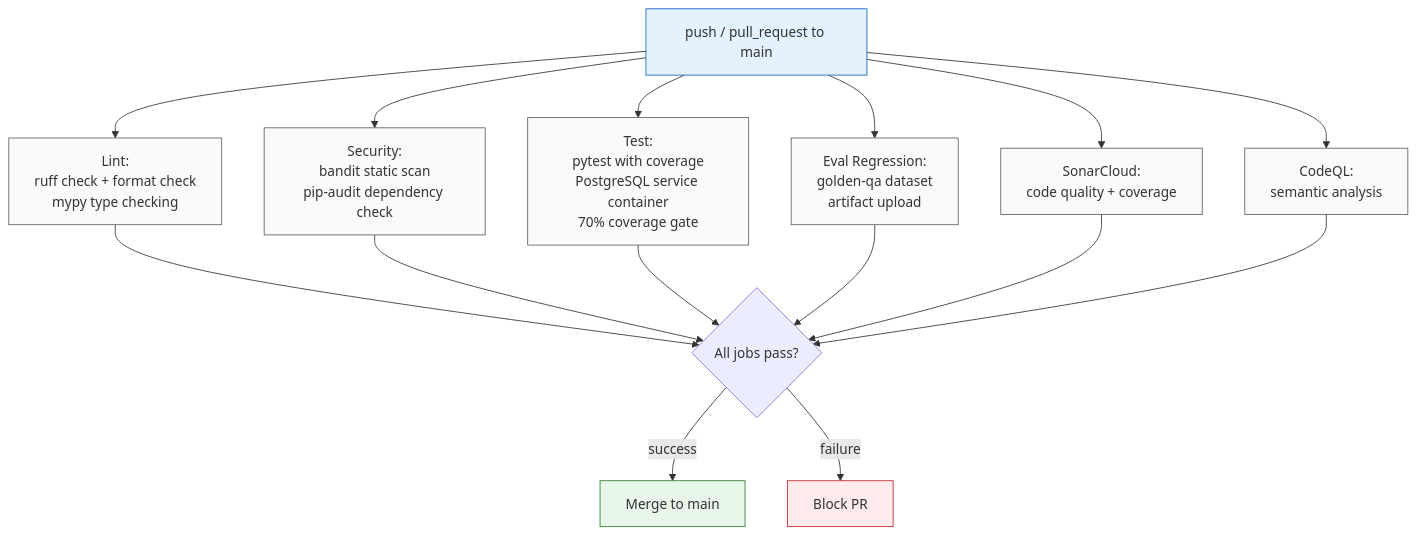
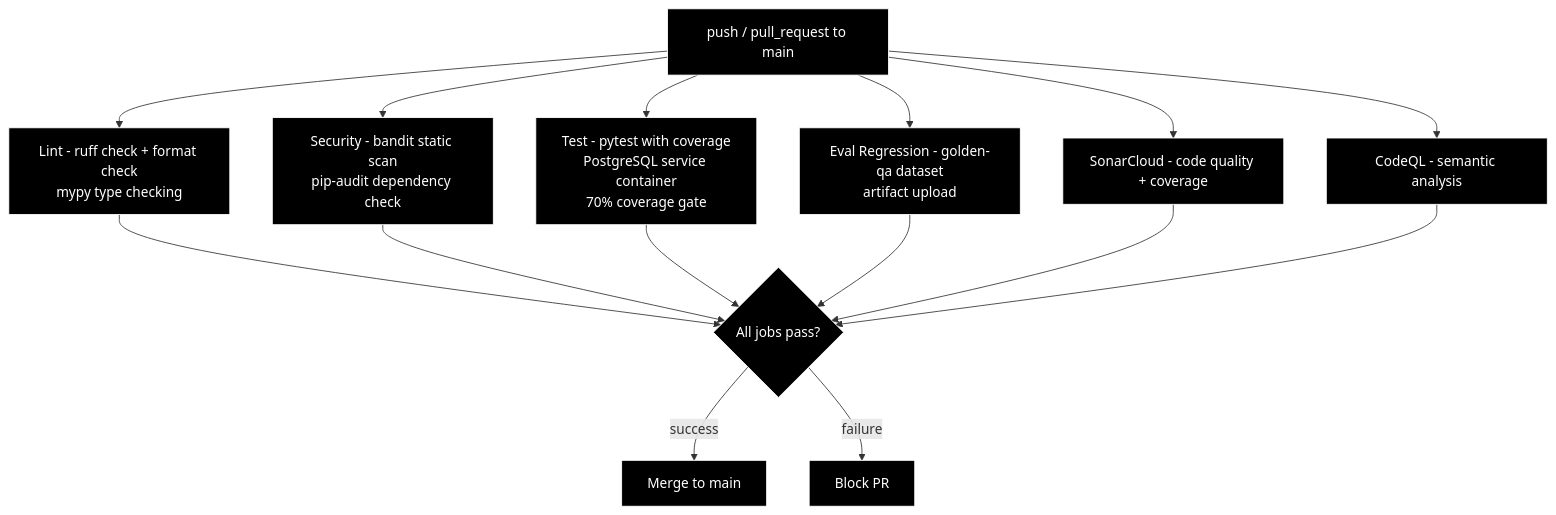
Before and after one commit to Hasan26ozcan/Script-Supervisor: the tenth of 16 diagrams in docs/TECHNICAL_DIAGRAMS.md, drawn with Mermaid. The commit also changed other lines of this file and 1 other file, not shown here.

Commit message:
update technical diagram

````diff
--- a/docs/TECHNICAL_DIAGRAMS.md
+++ b/docs/TECHNICAL_DIAGRAMS.md
@@ -551,37 +528,29 @@
 ```mermaid
 graph TD
     TRIGGER["push / pull_request to main"]
-    LINT["Lint:<br/>ruff check + format check<br/>mypy type checking"]
-    SECURITY["Security:<br/>bandit static scan<br/>pip-audit dependency check"]
-    TEST["Test:<br/>pytest with coverage<br/>PostgreSQL service container<br/>70% coverage gate"]
-    EVAL_REG["Eval Regression:<br/>golden-qa dataset<br/>artifact upload"]
-    SONAR["SonarCloud:<br/>code quality + coverage"]
-    CODEQL["CodeQL:<br/>semantic analysis"]
+    LINT["Lint - ruff check + format check<br/>mypy type checking"]
+    SECURITY["Security - bandit static scan<br/>pip-audit dependency check"]
+    TEST["Test - pytest with coverage<br/>PostgreSQL service container<br/>70% coverage gate"]
+    EVAL_REG["Eval Regression - golden-qa dataset<br/>artifact upload"]
+    SONAR["SonarCloud - code quality + coverage"]
+    CODEQL["CodeQL - semantic analysis"]
 
     TRIGGER --> LINT
     TRIGGER --> SECURITY
     TRIGGER --> TEST
     TRIGGER --> EVAL_REG
     TRIGGER --> SONAR
     TRIGGER --> CODEQL
 
     LINT --> GATE{"All jobs pass?"}
     SECURITY --> GATE
     TEST --> GATE
     EVAL_REG --> GATE
     SONAR --> GATE
     CODEQL --> GATE
 
     GATE -->|"success"| MERGE["Merge to main"]
     GATE -->|"failure"| BLOCK["Block PR"]
 
-    classDef trigger fill:#e3f2fd,stroke:#1565c0;
-    classDef job fill:#fafafa,stroke:#616161;
-    classDef result fill:#e8f5e9,stroke:#2e7d32;
-    classDef blocked fill:#ffebee,stroke:#c62828;
-
-    class TRIGGER trigger;
-    class LINT,SECURITY,TEST,EVAL_REG,SONAR,CODEQL job;
-    class MERGE result;
-    class BLOCK blocked;
+    classDef default fill:#000000,stroke:#ffffff,stroke-width:1px,color:#ffffff
 ```
````
